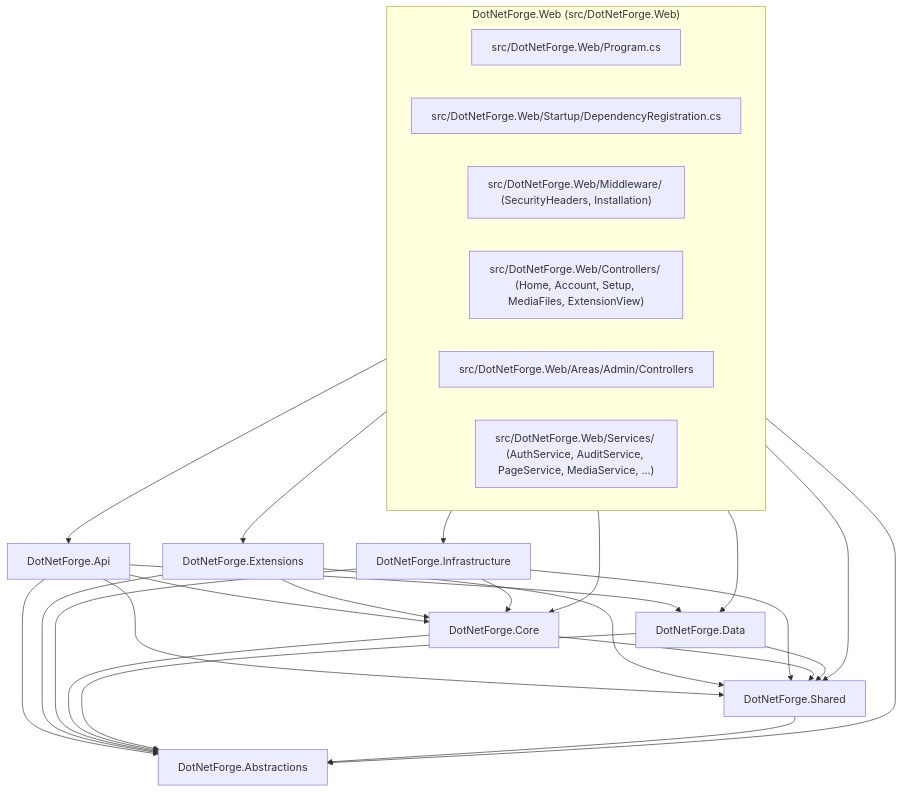
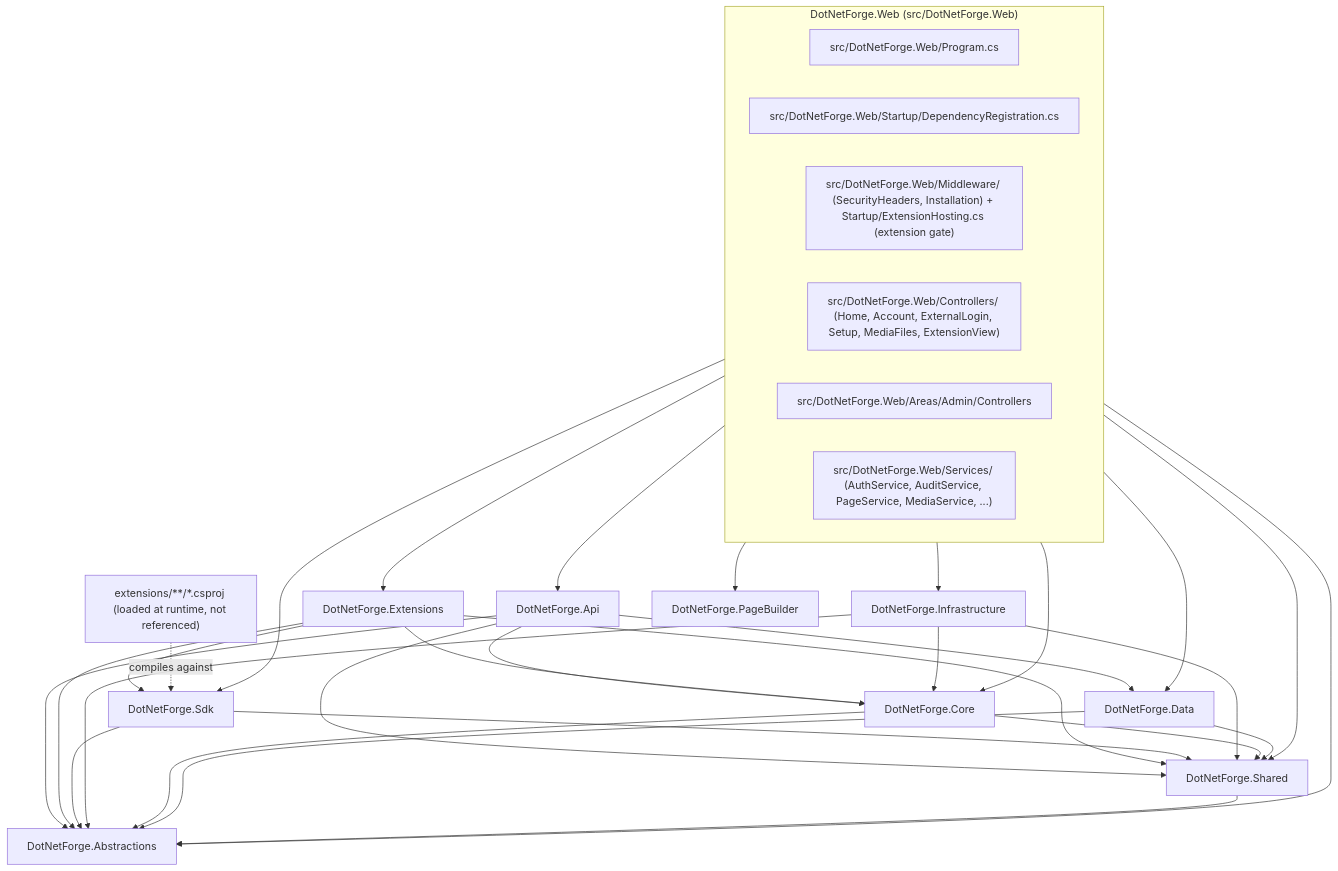
Before and after one commit to Albadit/DotNetForge: the first of 2 diagrams in .docs/architecture/codebase.md, drawn with Mermaid. The commit also changed other lines of this file and 454 other files, not shown here.

````diff
--- a/.docs/architecture/codebase.md
+++ b/.docs/architecture/codebase.md
@@ -53,26 +56,31 @@
 ```mermaid
 flowchart TB
     subgraph Host["DotNetForge.Web (src/DotNetForge.Web)"]
         Program["src/DotNetForge.Web/Program.cs"]
         DI["src/DotNetForge.Web/Startup/DependencyRegistration.cs"]
-        MW["src/DotNetForge.Web/Middleware/ (SecurityHeaders, Installation)"]
-        PubCtl["src/DotNetForge.Web/Controllers/ (Home, Account, Setup, MediaFiles, ExtensionView)"]
+        MW["src/DotNetForge.Web/Middleware/ (SecurityHeaders, Installation) + Startup/ExtensionHosting.cs (extension gate)"]
+        PubCtl["src/DotNetForge.Web/Controllers/ (Home, Account, ExternalLogin, Setup, MediaFiles, ExtensionView)"]
         AdminCtl["src/DotNetForge.Web/Areas/Admin/Controllers"]
         Svc["src/DotNetForge.Web/Services/ (AuthService, AuditService, PageService, MediaService, ...)"]
     end
     Api["DotNetForge.Api"]
     Ext["DotNetForge.Extensions"]
+    Sdk["DotNetForge.Sdk"]
+    ExtCode["extensions/**/*.csproj (loaded at runtime, not referenced)"]
     Infra["DotNetForge.Infrastructure"]
+    PB["DotNetForge.PageBuilder"]
     Core["DotNetForge.Core"]
     Data["DotNetForge.Data"]
     Shared["DotNetForge.Shared"]
     Abs["DotNetForge.Abstractions"]
 
-    Host --> Api & Ext & Infra & Core & Data & Shared & Abs
+    Host --> Api & Ext & Sdk & Infra & Core & Data & Shared & Abs & PB
     Api --> Core & Data & Shared & Abs
-    Ext --> Core & Shared & Abs
+    Ext --> Sdk & Core & Shared & Abs
+    Sdk --> Shared & Abs
+    ExtCode -. compiles against .-> Sdk
     Infra --> Core & Shared & Abs
     Core --> Shared & Abs
     Data --> Shared & Abs
     Shared --> Abs
 ```
````
